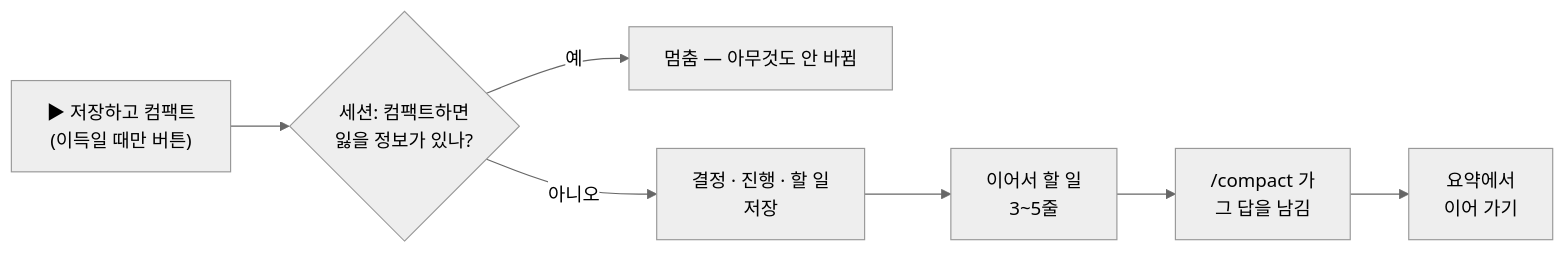
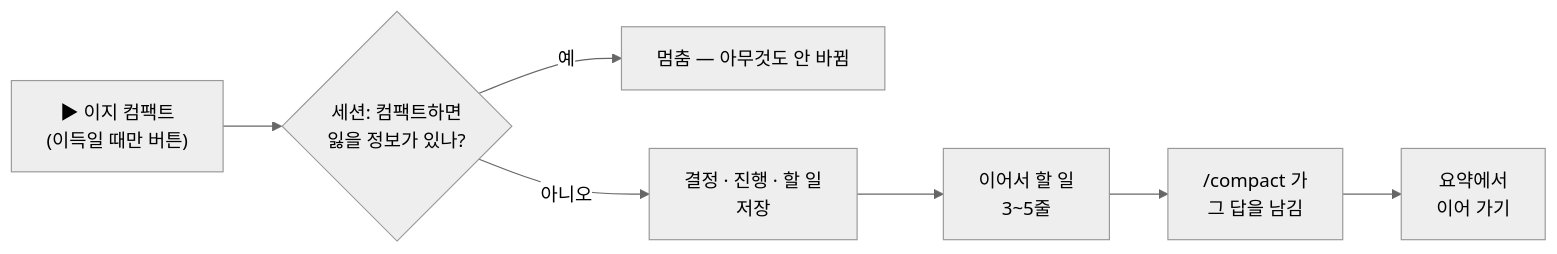
One commit to JaeSeongHa5280/easy-compact changed the diagram in README.ko.md. Above: the diagram before and after it, drawn with Mermaid (neutral theme). The commit also changed other lines of this file and 35 other files, not shown here.

````diff
--- a/README.ko.md
+++ b/README.ko.md
@@ -259,9 +272,9 @@
 ```mermaid
 flowchart LR
-  A["▶ 저장하고 컴팩트<br/>(이득일 때만 버튼)"] --> B{"세션: 컴팩트하면<br/>잃을 정보가 있나?"}
+  A["▶ 이지 컴팩트<br/>(이득일 때만 버튼)"] --> B{"세션: 컴팩트하면<br/>잃을 정보가 있나?"}
   B -- 예 --> H["멈춤 — 아무것도 안 바뀜"]
   B -- 아니오 --> C["결정 · 진행 · 할 일<br/>저장"]
   C --> D["이어서 할 일<br/>3~5줄"]
   D --> E["/compact 가<br/>그 답을 남김"]
   E --> F["요약에서<br/>이어 가기"]
 ```
````
